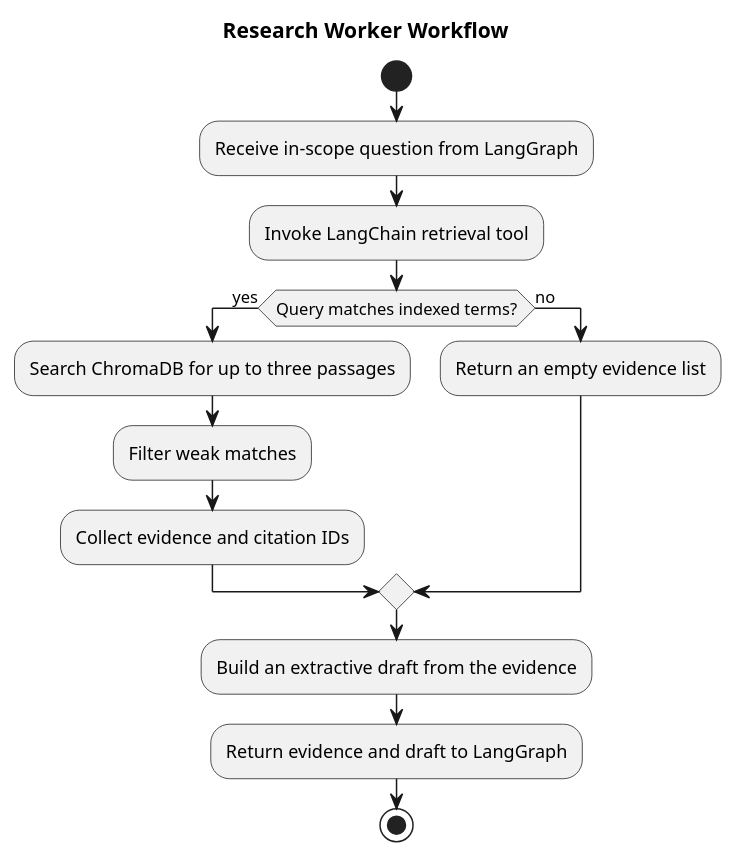
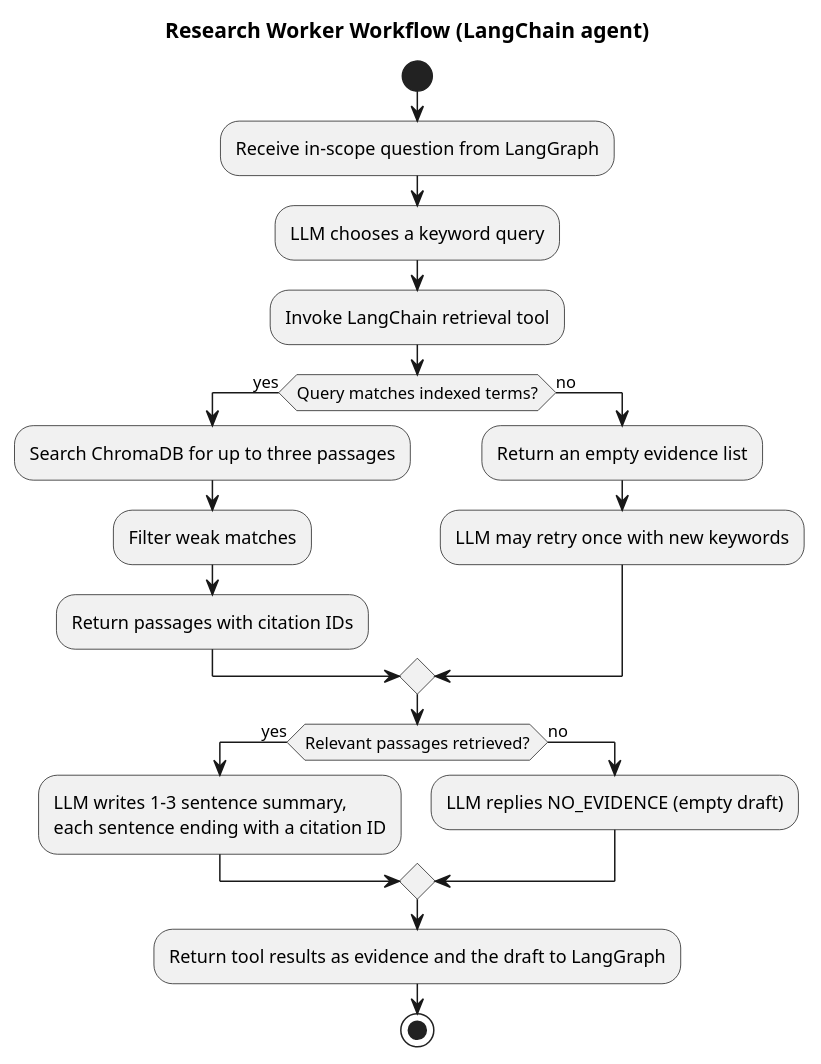
The diagram in diagrams/research_workflow.puml (vkulesh-netizen/group-1), drawn with PlantUML before and after one commit. The commit also changed 8 other files, not shown here.

First line of the commit message:
Add LLM research agent that writes cited summaries

```diff
--- a/diagrams/research_workflow.puml
+++ b/diagrams/research_workflow.puml
@@ -1,20 +1,28 @@
 @startuml
-title Research Worker Workflow
+title Research Worker Workflow (LangChain agent)
 
 start
 :Receive in-scope question from LangGraph;
+:LLM chooses a keyword query;
 :Invoke LangChain retrieval tool;
 
 if (Query matches indexed terms?) then (yes)
     :Search ChromaDB for up to three passages;
     :Filter weak matches;
-    :Collect evidence and citation IDs;
+    :Return passages with citation IDs;
 else (no)
     :Return an empty evidence list;
+    :LLM may retry once with new keywords;
 endif
 
-:Build an extractive draft from the evidence;
-:Return evidence and draft to LangGraph;
+if (Relevant passages retrieved?) then (yes)
+    :LLM writes 1-3 sentence summary,
+    each sentence ending with a citation ID;
+else (no)
+    :LLM replies NO_EVIDENCE (empty draft);
+endif
+
+:Return tool results as evidence and the draft to LangGraph;
 stop
 
 @enduml
```
